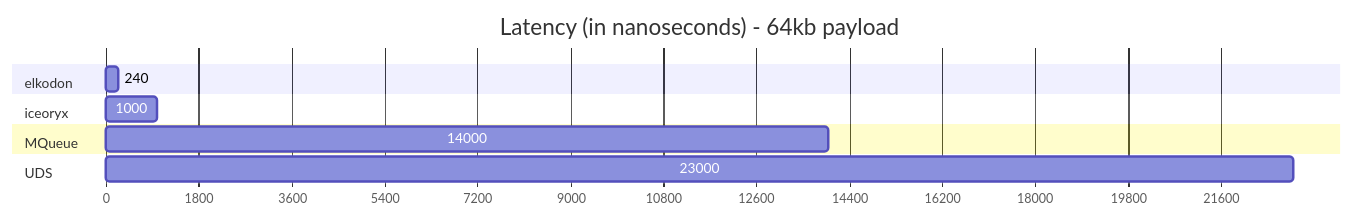
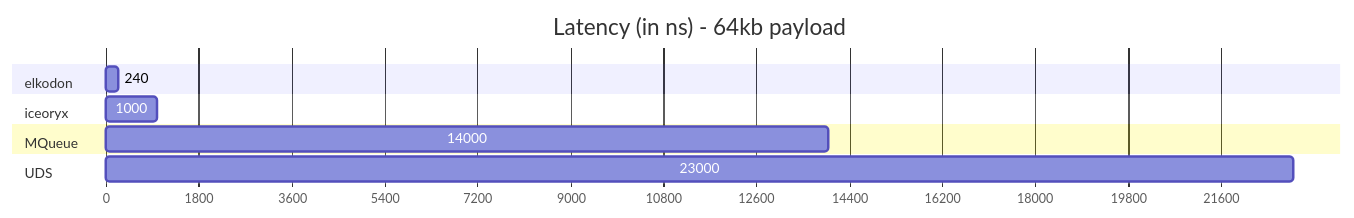
Before and after one commit to larry-robotics/elkodon: the second of 2 diagrams in README.md, drawn with Mermaid. The commit also changed other lines of this file and 5 other files, not shown here.

````diff
--- a/README.md
+++ b/README.md
@@ -46,15 +44,15 @@
 ```mermaid
 gantt
-    title Latency (in nanoseconds) - 64kb payload
+    title Latency (in ns) - 64kb payload
     dateFormat X
     axisFormat %s
 
     section elkodon
     240 : 0, 240
     section iceoryx
     1000 : 0, 1000
     section MQueue
     14000 : 0, 14000
     section UDS
     23000 : 0, 23000
 ```
````
